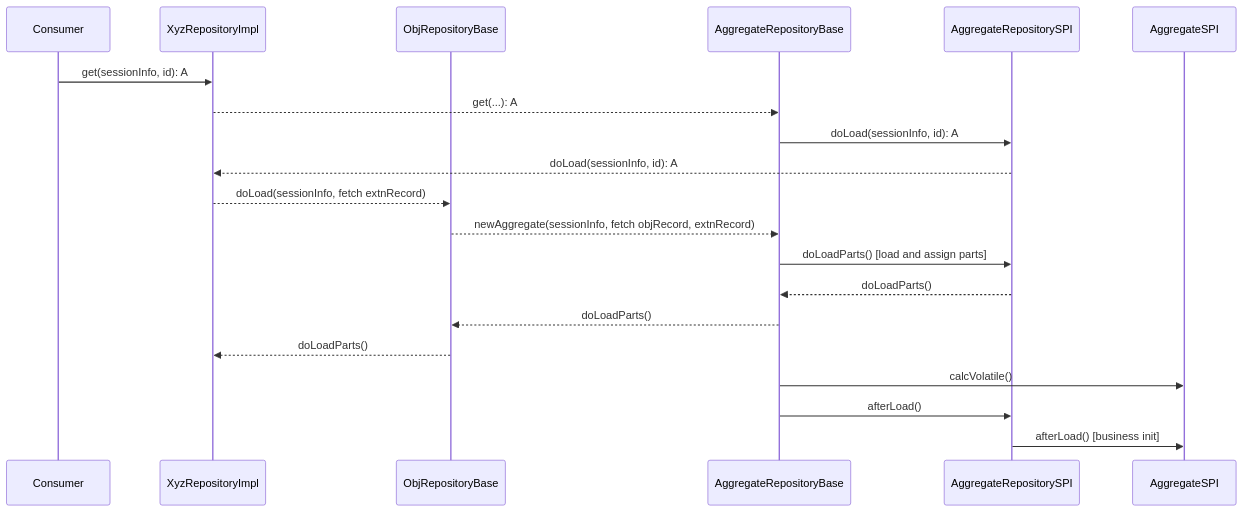
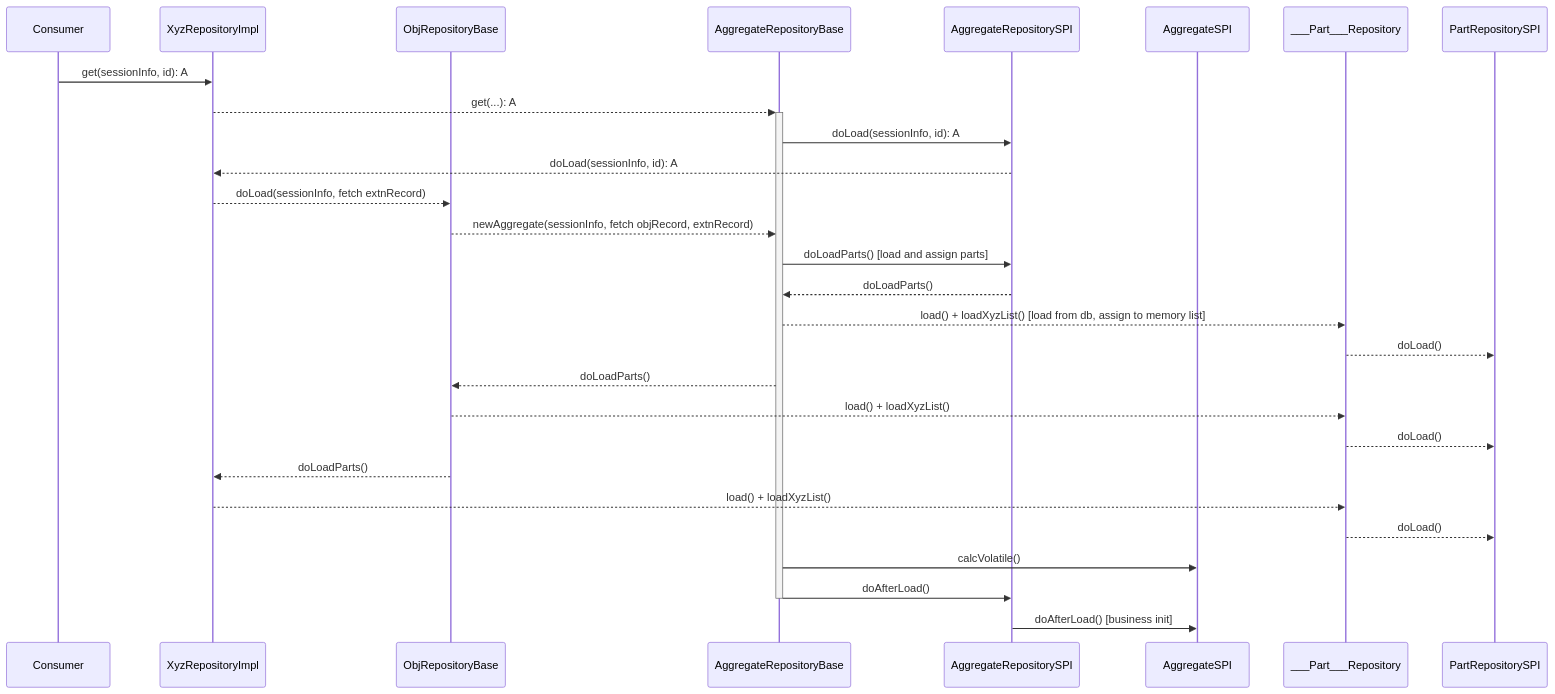
Before and after one commit to zeitwert/fm-server: the second of 4 diagrams in docs/DDD.md, drawn with Mermaid. The commit also changed other lines of this file and 57 other files, not shown here.

Commit message:
SPI callbacks doXyz, property.doBeforeStore

````diff
--- a/docs/DDD.md
+++ b/docs/DDD.md
@@ -34,22 +38,30 @@
 ```mermaid
 sequenceDiagram
 	participant C as Consumer
 	participant ER as XyzRepositoryImpl
 	participant OR as ObjRepositoryBase
 	participant AR as AggregateRepositoryBase
 	participant ARS as AggregateRepositorySPI
 	participant A as AggregateSPI
+	participant PR as ___Part___Repository
+	participant PRS as PartRepositorySPI
 	C->>ER: get(sessionInfo, id): A
-	ER-->>AR: get(...): A
+	ER-->>+AR: get(...): A
 	AR->>ARS: doLoad(sessionInfo, id): A
 	ARS-->>ER: doLoad(sessionInfo, id): A
 	ER-->>OR: doLoad(sessionInfo, fetch extnRecord)
 	OR-->>AR: newAggregate(sessionInfo, fetch objRecord, extnRecord)
 	AR->>ARS: doLoadParts() [load and assign parts]
 	ARS-->>AR: doLoadParts()
+	AR-->>PR: load() + loadXyzList() [load from db, assign to memory list]
+	PR-->>PRS: doLoad()
 	AR-->>OR: doLoadParts()
+	OR-->>PR: load() + loadXyzList()
+	PR-->>PRS: doLoad()
 	OR-->>ER: doLoadParts()
+	ER-->>PR: load() + loadXyzList()
+	PR-->>PRS: doLoad()
 	AR->>A: calcVolatile()
-	AR->>ARS: afterLoad()
-	ARS->>A: afterLoad() [business init]
+	AR->>-ARS: doAfterLoad()
+	ARS->>A: doAfterLoad() [business init]
 ```
````
